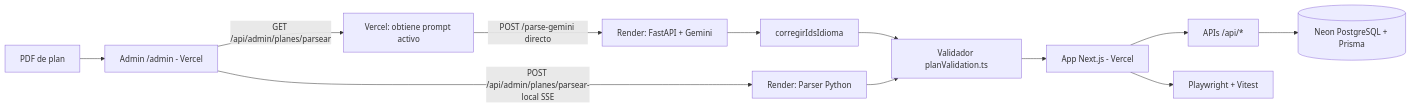
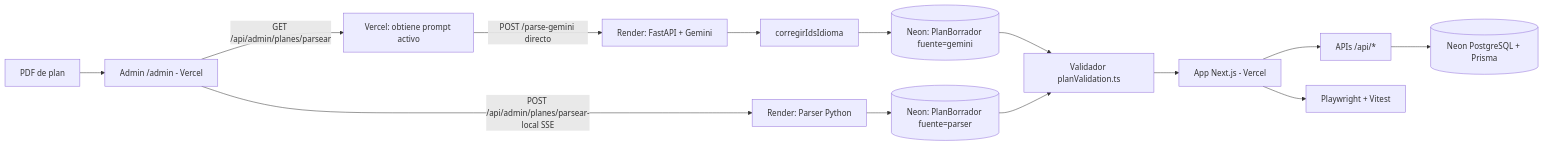
Before and after one commit to candela-ledesma/uns-correlativas-web: the diagram in README.md, drawn with Mermaid. The commit also changed other lines of this file and 24 other files, not shown here.

Commit message:
docs: actualizar README y TODO con PlanBorrador e Ing. Electrónica

````diff
--- a/README.md
+++ b/README.md
@@ -15,14 +15,16 @@
 ```mermaid
 flowchart LR
   A[PDF de plan] --> I[Admin /admin - Vercel]
   I -->|GET /api/admin/planes/parsear| VP[Vercel: obtiene prompt activo]
   VP -->|POST /parse-gemini directo| B2[Render: FastAPI + Gemini]
   I -->|POST /api/admin/planes/parsear-local SSE| B1[Render: Parser Python]
   B2 --> PP[corregirIdsIdioma]
-  PP --> D[Validador planValidation.ts]
-  B1 --> D
+  PP --> BD[(Neon: PlanBorrador fuente=gemini)]
+  B1 --> BD2[(Neon: PlanBorrador fuente=parser)]
+  BD --> D[Validador planValidation.ts]
+  BD2 --> D
   D --> E[App Next.js - Vercel]
   E --> F[APIs /api/*]
   F --> G[(Neon PostgreSQL + Prisma)]
   E --> H[Playwright + Vitest]
 ```
````
